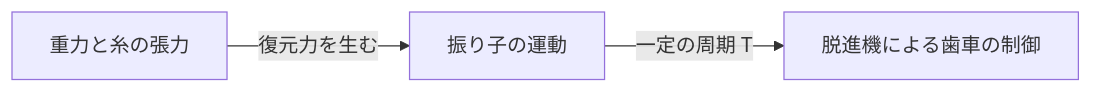
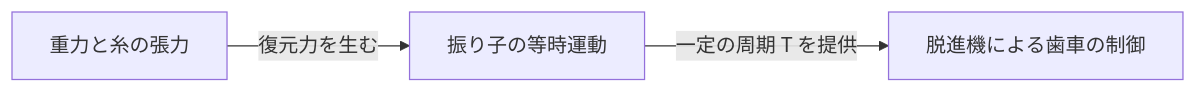
Before and after one commit to kenjinote/blog: the second of 3 diagrams in content/post/history-of-timekeeping-technology/index.md, drawn with Mermaid. The commit also changed other lines of this file and 129 other files, not shown here.

````diff
--- a/content/post/history-of-timekeeping-technology/index.md
+++ b/content/post/history-of-timekeeping-technology/index.md
@@ -36,5 +41,5 @@
 ```mermaid
 graph LR
-    A["重力と糸の張力"] -- "復元力を生む" --> B["振り子の運動"]
-    B -- "一定の周期 T" --> C["脱進機による歯車の制御"]
+    A["重力と糸の張力"] -- "復元力を生む" --> B["振り子の等時運動"]
+    B -- "一定の周期 T を提供" --> C["脱進機による歯車の制御"]
 ```
````
